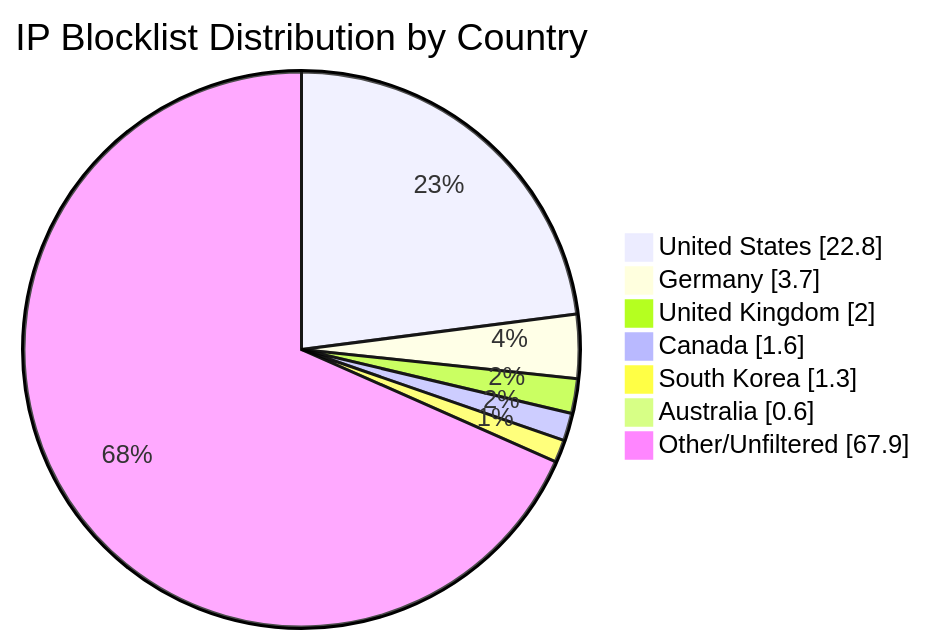
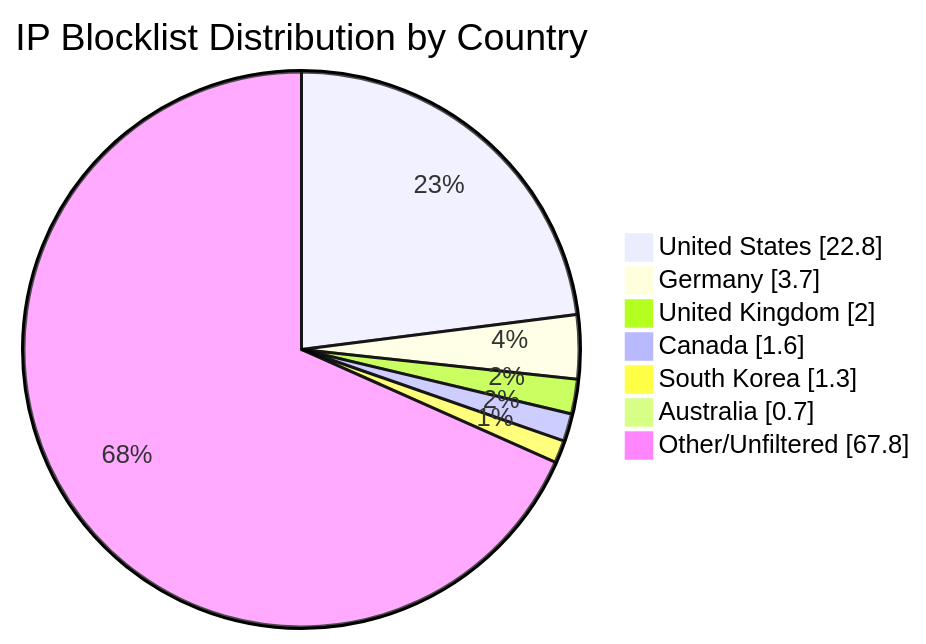
One commit to MarcusHoltz/ipblocklist-geofiltered-aggregator changed the diagram in README.md. Above: the diagram before and after it, drawn with Mermaid. The commit also changed other lines of this file and 9 other files, not shown here.

````diff
--- a/README.md
+++ b/README.md
@@ -34,10 +34,10 @@
 ```mermaid
 pie showData title IP Blocklist Distribution by Country
 "United States" : 22.8
 "Germany" : 3.7
 "United Kingdom" : 2.0
 "Canada" : 1.6
 "South Korea" : 1.3
-"Australia" : 0.6
-"Other/Unfiltered" : 67.9
+"Australia" : 0.7
+"Other/Unfiltered" : 67.8
 ```
````
